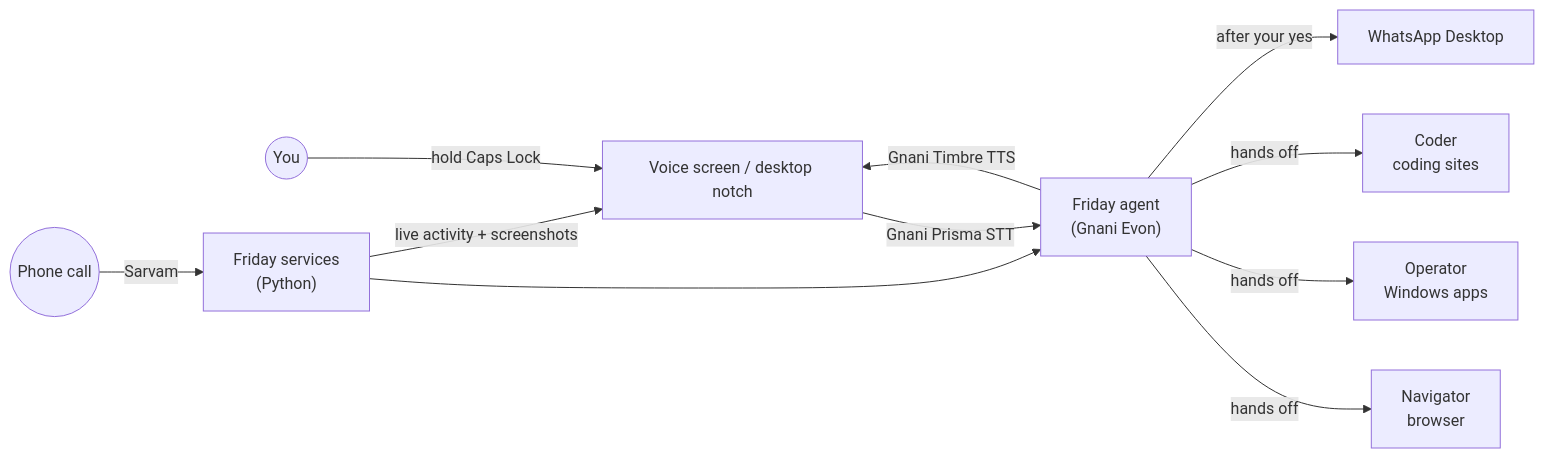
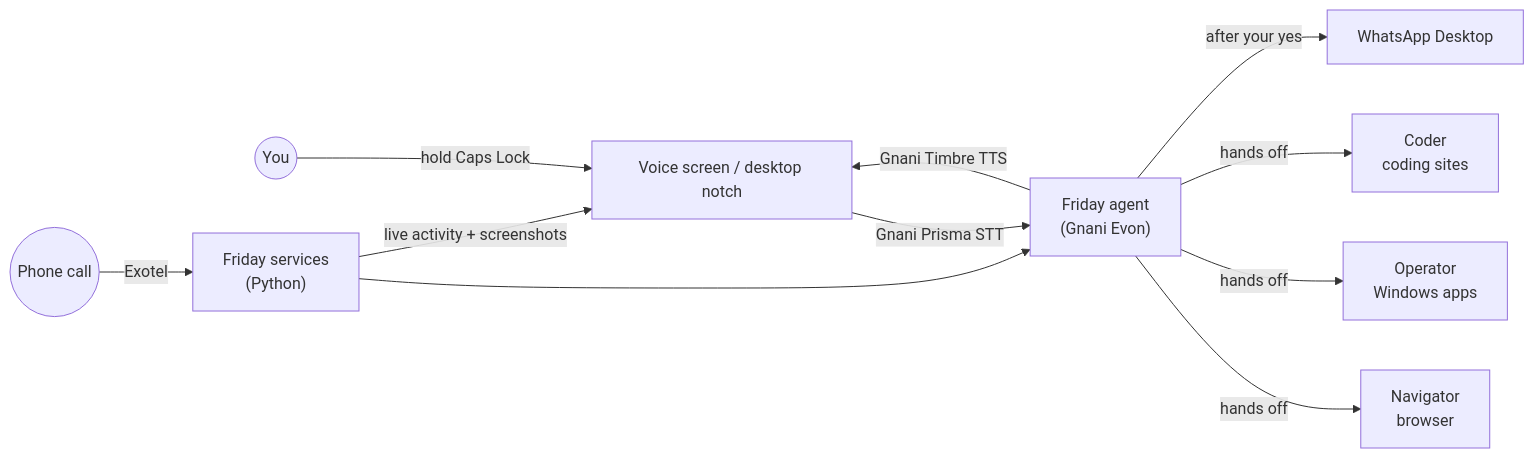
The diagram in README.md (prem-2006/Friday-AI), drawn with Mermaid before and after one commit. The commit also changed other lines of this file and 1 other file, not shown here.

First line of the commit message:
READMEs describe Friday's own Exotel calling agent instead of Sarvam

````diff
--- a/README.md
+++ b/README.md
@@ -35,13 +35,13 @@
 ```mermaid
 flowchart LR
   You((You)) -- hold Caps Lock --> Stage["Voice screen / desktop notch"]
   Stage -- Gnani Prisma STT --> Friday["Friday agent<br/>(Gnani Evon)"]
   Friday -- Gnani Timbre TTS --> Stage
   Friday -- hands off --> Navigator["Navigator<br/>browser"]
   Friday -- hands off --> Operator["Operator<br/>Windows apps"]
   Friday -- hands off --> Coder["Coder<br/>coding sites"]
   Friday -- after your yes --> WA["WhatsApp Desktop"]
-  Phone((Phone call)) -- Sarvam --> Services["Friday services<br/>(Python)"]
+  Phone((Phone call)) -- Exotel --> Services["Friday services<br/>(Python)"]
   Services --> Friday
   Services -- live activity + screenshots --> Stage
 ```
````
